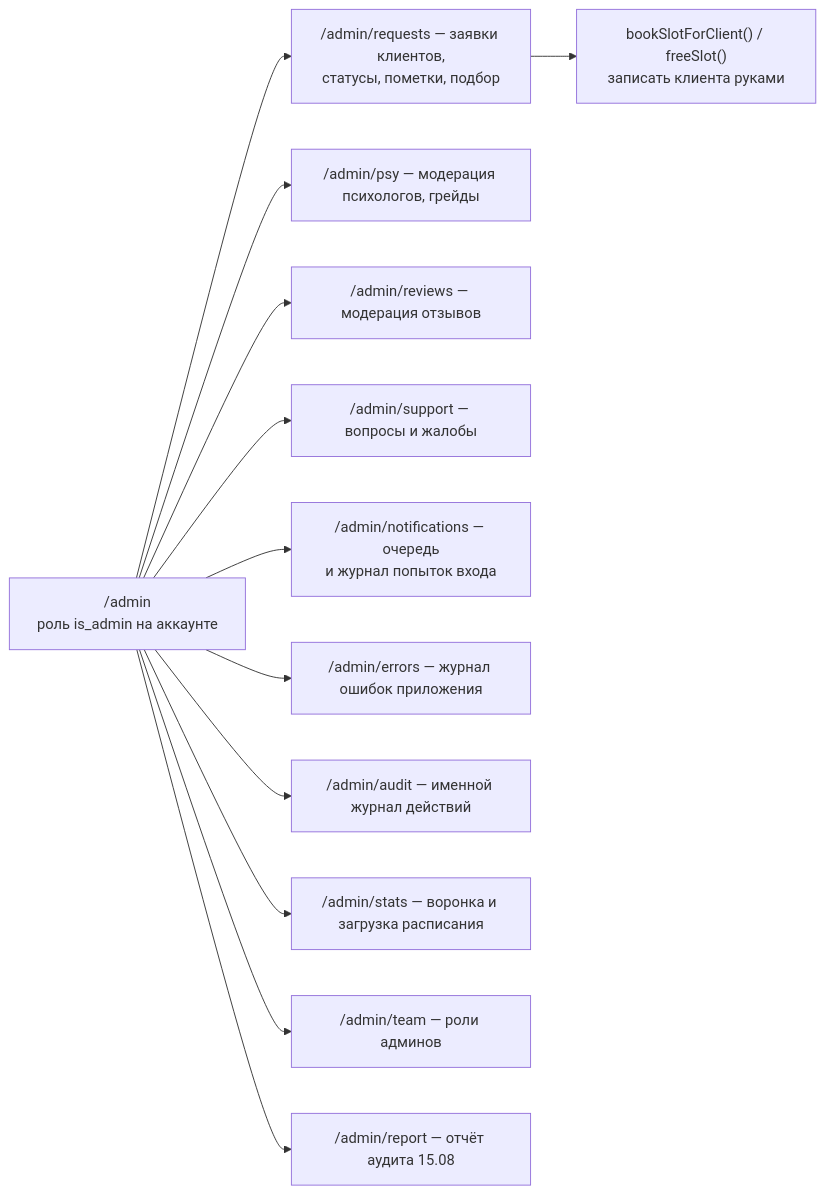
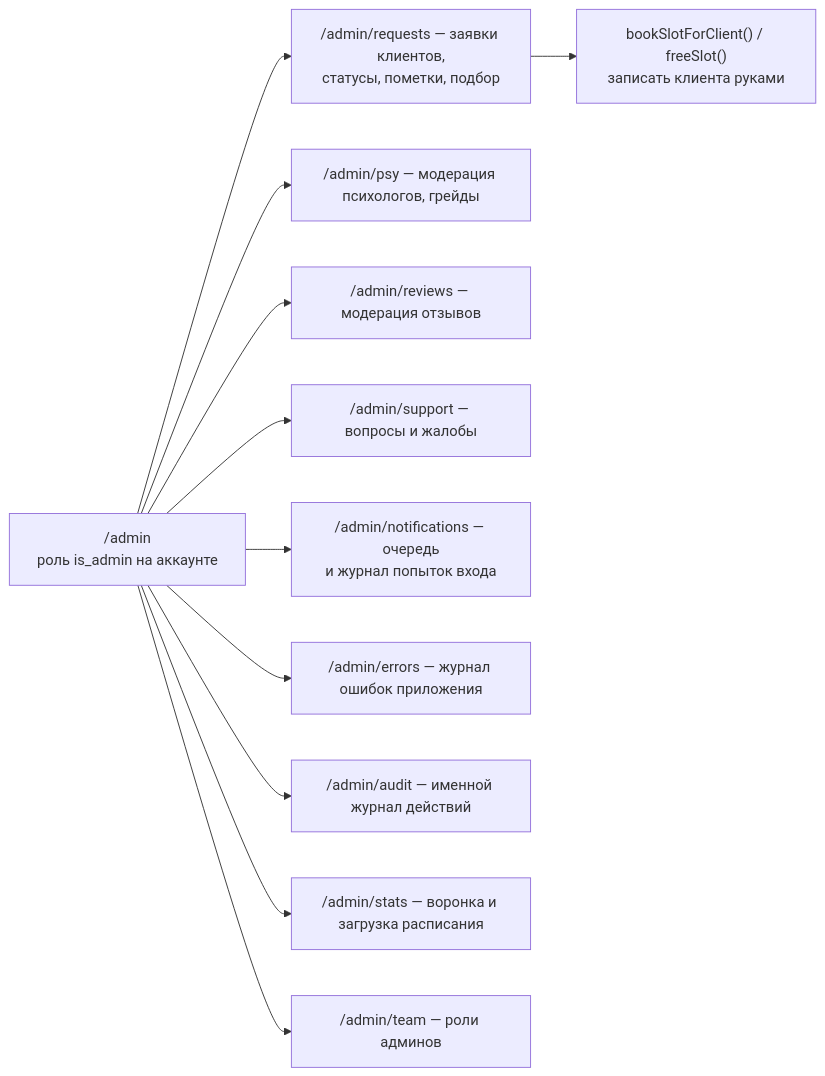
Before and after one commit to goosen-x/mipsy: the fourth of 5 diagrams in docs/spec/flow.md, drawn with Mermaid. The commit also changed 15 other files, not shown here.

````diff
--- a/docs/spec/flow.md
+++ b/docs/spec/flow.md
@@ -86,14 +86,13 @@
 ```mermaid
 flowchart LR
   IN["/admin<br/>роль is_admin на аккаунте"] --> R["/admin/requests — заявки клиентов,<br/>статусы, пометки, подбор"]
   IN --> PSY["/admin/psy — модерация психологов, грейды"]
   IN --> RVW["/admin/reviews — модерация отзывов"]
   IN --> SUP["/admin/support — вопросы и жалобы"]
   IN --> NTF["/admin/notifications — очередь<br/>и журнал попыток входа"]
   IN --> ERR["/admin/errors — журнал ошибок приложения"]
   IN --> AUD["/admin/audit — именной журнал действий"]
   IN --> ST["/admin/stats — воронка и загрузка расписания"]
   IN --> TM["/admin/team — роли админов"]
-  IN --> RP["/admin/report — отчёт аудита 15.08"]
   R --> BSC["bookSlotForClient() / freeSlot()<br/>записать клиента руками"]
 ```
````
